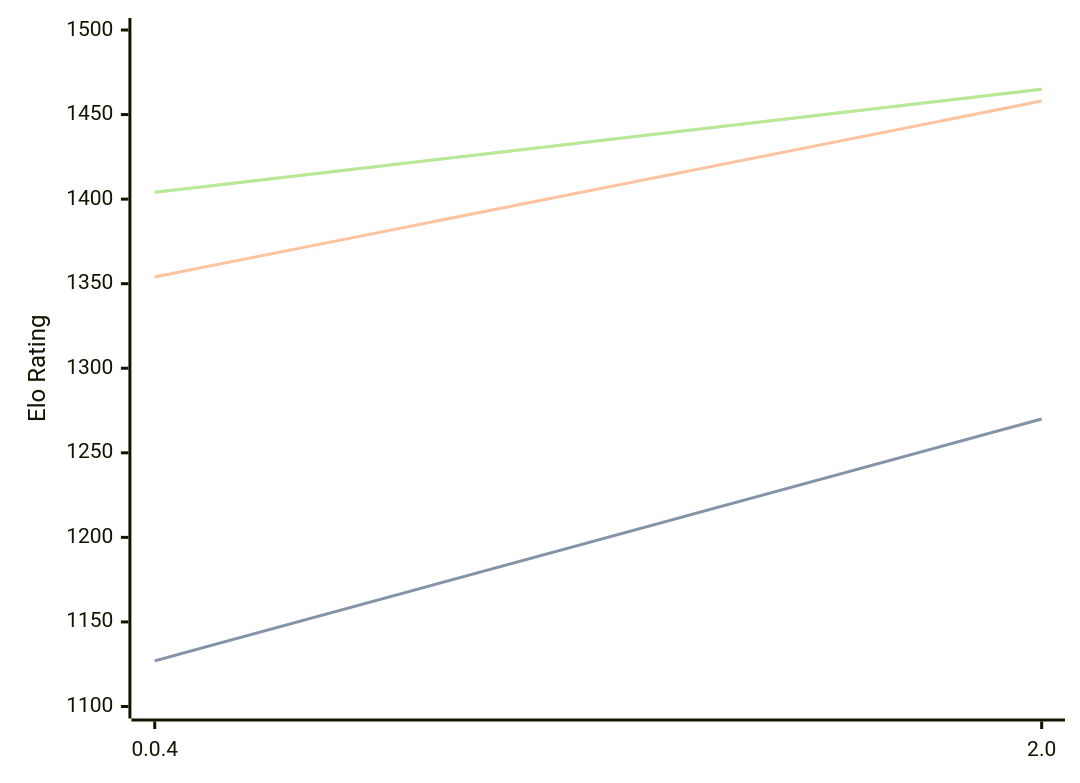
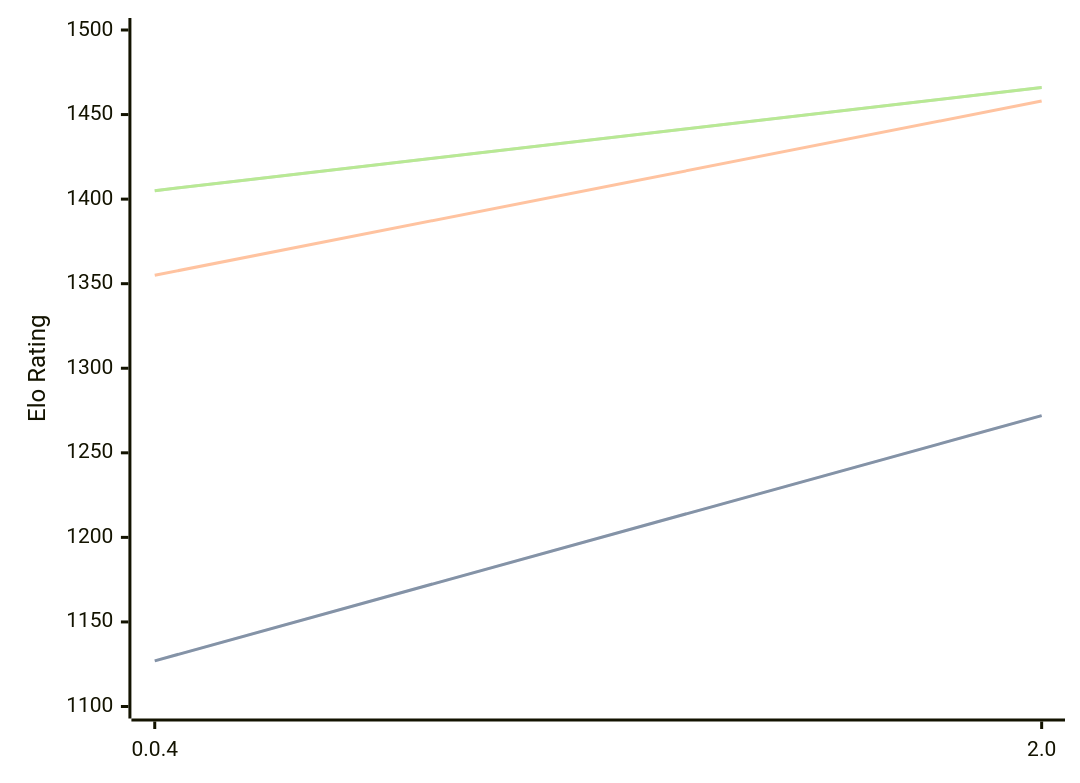
Before and after one commit to computer-chess-index/cci: the third of 3 diagrams in engines/Oops!Mate.md, drawn with Mermaid. The commit also changed other lines of this file, not shown here.

Commit message:
Update CCI Ratings (ELO VLTC) - 2026-06-23

````diff
--- a/engines/Oops!Mate.md
+++ b/engines/Oops!Mate.md
@@ -85,11 +85,11 @@
 ```mermaid
 %%{init: {"theme":"base","themeVariables":{"seriesColors:['#a3a3a3','#222221','#faa371']}}}%%
 xychart-beta
   x-axis ["0.0.4", "2.0"]
   y-axis "Elo Rating" 1100 --> 1500
-  line "STC (8.0+0.08s)" [1127, 1270]
-  line "STC (8.0+0.08s)" [1127, 1270]
-  line "LTC (60.0+0.60s)" [1354, 1458]
-  line "VLTC (2m24s+1.12s)" [1404, 1465]
-  line "VLTC (2m24s+1.12s)" [1404, 1465]
+  line "STC (8.0+0.08s)" [1127, 1272]
+  line "STC (8.0+0.08s)" [1127, 1272]
+  line "LTC (60.0+0.60s)" [1355, 1458]
+  line "VLTC (2m24s+1.12s)" [1405, 1466]
+  line "VLTC (2m24s+1.12s)" [1405, 1466]
 ```
````
